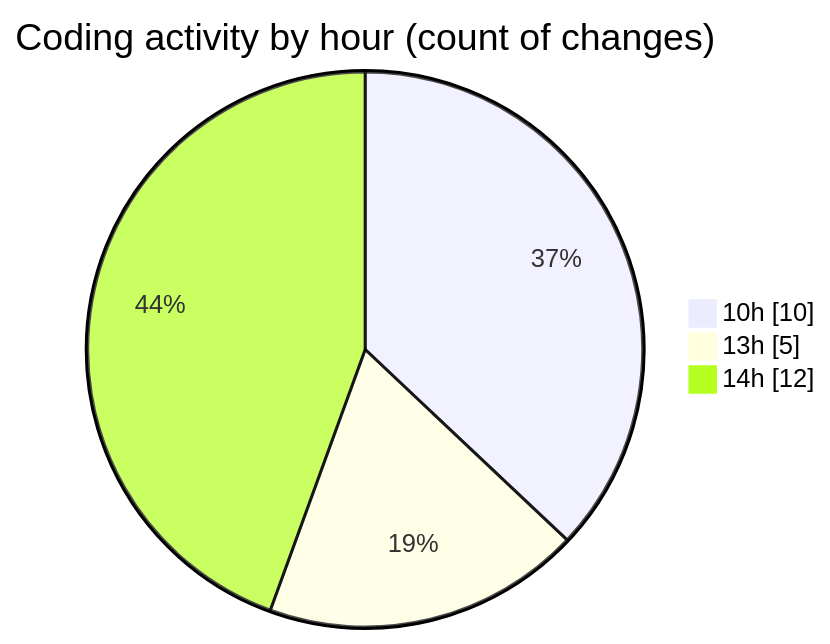
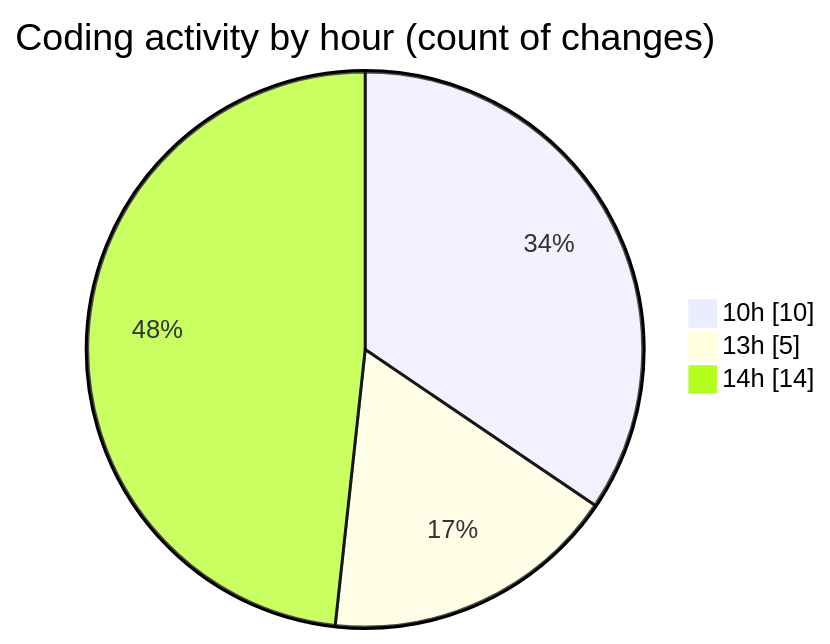
The second of 2 diagrams in 2025-07-30/nxtqube_webapp/README.md (nxtqubesakshisongat/code-tracking), drawn with Mermaid before and after one commit. The commit also changed other lines of this file and 1 other file, not shown here.

````diff
--- a/2025-07-30/nxtqube_webapp/README.md
+++ b/2025-07-30/nxtqube_webapp/README.md
@@ -32,7 +32,7 @@
 ```mermaid
 pie showData
 title Coding activity by hour (count of changes)
 "10h" : 10
 "13h" : 5
-"14h" : 12
+"14h" : 14
 ```
````
